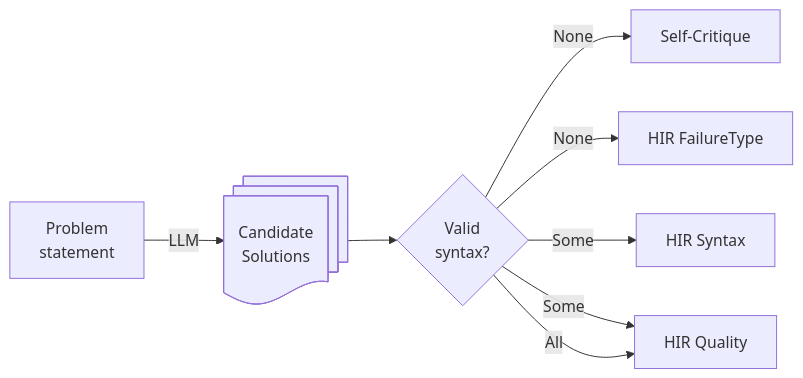
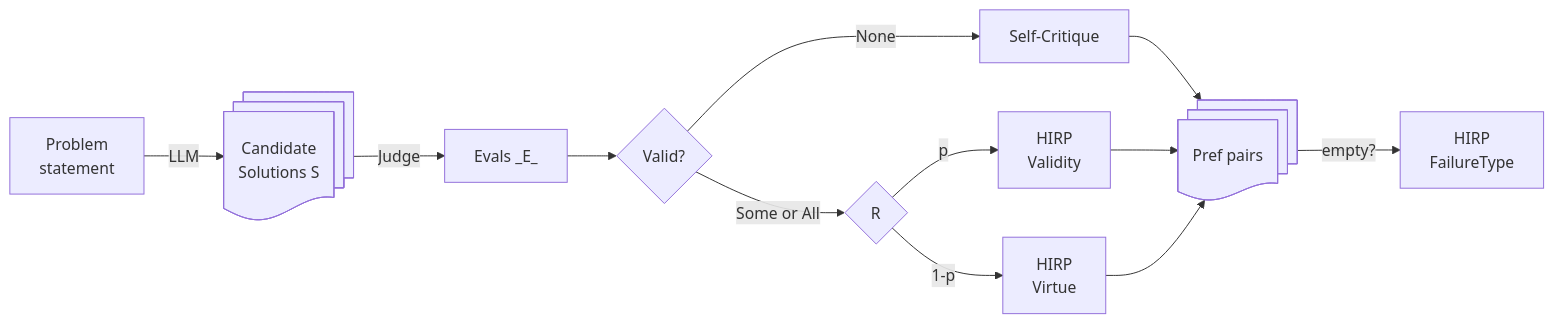
The first of 2 diagrams in README.md (debatelab/argdown-feedback), drawn with Mermaid before and after one commit. The commit also changed other lines of this file and 7 other files, not shown here.

````diff
--- a/README.md
+++ b/README.md
@@ -6,10 +7,13 @@
 ```mermaid 
 flowchart LR
-    A[Problem<br/>statement] -->|LLM| B@{ shape: docs, label: "Candidate<br/>Solutions"}
-    B --> C{Valid<br/>syntax?}
+    A[Problem<br/>statement] -->|LLM| B@{ shape: docs, label: "Candidate<br/>Solutions S"}
+    B -->|Judge| E[Evals _E_] --> C{Valid?}
     C -->|None| SC[Self-Critique]
-    C -->|None| HIR1[HIR FailureType] 
-    C -->|Some| HIR2[HIR Syntax]
-    C -->|Some| HIR3[HIR Quality]
-    C -->|All| HIR3
+    C -->|Some or All| Router{R}
+    Router -->|p| HIR2[HIRP<br/>Validity]
+    Router -->|1-p| HIR3[HIRP<br/>Virtue]
+    SC --> PP@{ shape: docs, label: "Pref pairs"}
+    HIR2 --> PP 
+    HIR3 --> PP 
+    PP -->|empty?| HIR1[HIRP<br/>FailureType] 
 ```
````
